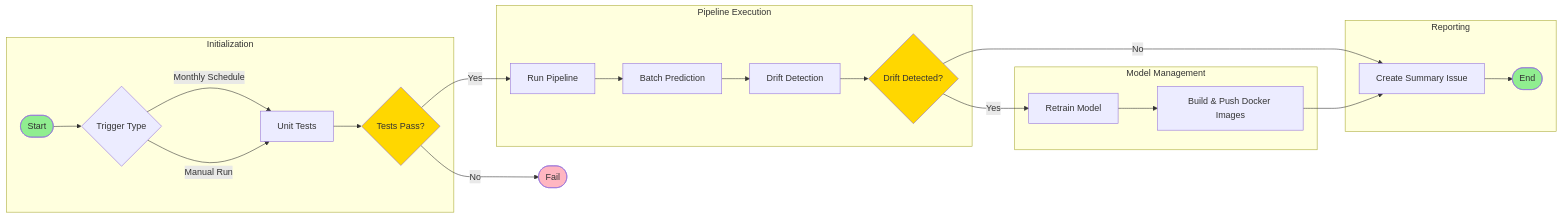
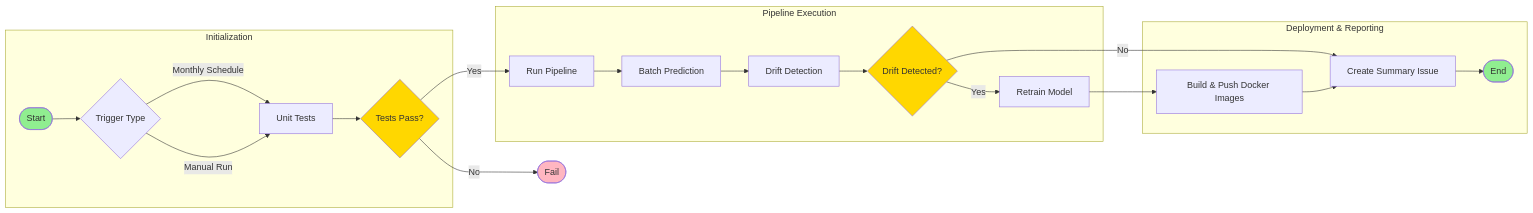
Before and after one commit to richardelchaar/Employee-Attrition-MLOps: the diagram in docs/ci_cd_workflow.md, drawn with Mermaid.

````diff
--- a/docs/ci_cd_workflow.md
+++ b/docs/ci_cd_workflow.md
@@ -11,53 +11,50 @@
 ```mermaid
 flowchart LR
     Start([Start]) --> Trigger{Trigger Type}
     Trigger -->|Monthly Schedule| UnitTest[Unit Tests]
     Trigger -->|Manual Run| UnitTest
     
     UnitTest --> TestResult{Tests Pass?}
     TestResult -->|No| Fail([Fail])
     TestResult -->|Yes| Pipeline[Run Pipeline]
     
     Pipeline --> BatchPred[Batch Prediction]
     BatchPred --> DriftCheck[Drift Detection]
     
     DriftCheck --> DriftResult{Drift Detected?}
     DriftResult -->|No| CreateIssue[Create Summary Issue]
     DriftResult -->|Yes| Retrain[Retrain Model]
     
     Retrain --> DockerBuild[Build & Push Docker Images]
     DockerBuild --> CreateIssue
     
     CreateIssue --> End([End])
     
     style Start fill:#90EE90
     style End fill:#90EE90
     style Fail fill:#FFB6C1
     style DriftResult fill:#FFD700
     style TestResult fill:#FFD700
 
-    %% Add subgraphs for better organization
+    %% Reorganized subgraphs
     subgraph "Initialization"
         Start
         Trigger
         UnitTest
         TestResult
     end
 
     subgraph "Pipeline Execution"
         Pipeline
         BatchPred
         DriftCheck
         DriftResult
+        Retrain
     end
 
-    subgraph "Model Management"
-        Retrain
+    subgraph "Deployment & Reporting"
         DockerBuild
-    end
-
-    subgraph "Reporting"
         CreateIssue
         End
     end
 ```
````
